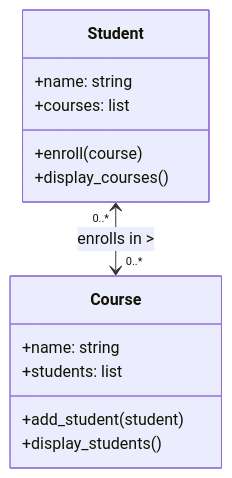
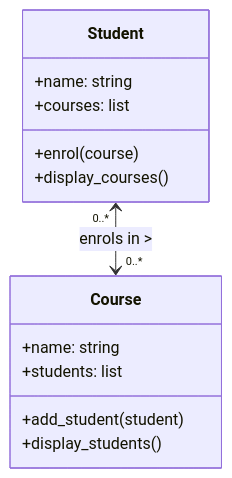
The second of 2 diagrams in content/programming/oop/class-relations-association.en.md (learn-software-engineering/website), drawn with Mermaid before and after one commit. The commit also changed other lines of this file and 1 other file, not shown here.

```diff
--- a/content/programming/oop/class-relations-association.en.md
+++ b/content/programming/oop/class-relations-association.en.md
@@ -122,17 +122,17 @@
 {{< mermaid >}}
 classDiagram
     class Student {
         +name: string
         +courses: list
-        +enroll(course)
+        +enrol(course)
         +display_courses()
     }
     class Course {
         +name: string
         +students: list
         +add_student(student)
         +display_students()
     }
-    Student "0..*" <--> "0..*" Course : enrolls in >
+    Student "0..*" <--> "0..*" Course : enrols in >
 end
 {{< /mermaid >}}
```
